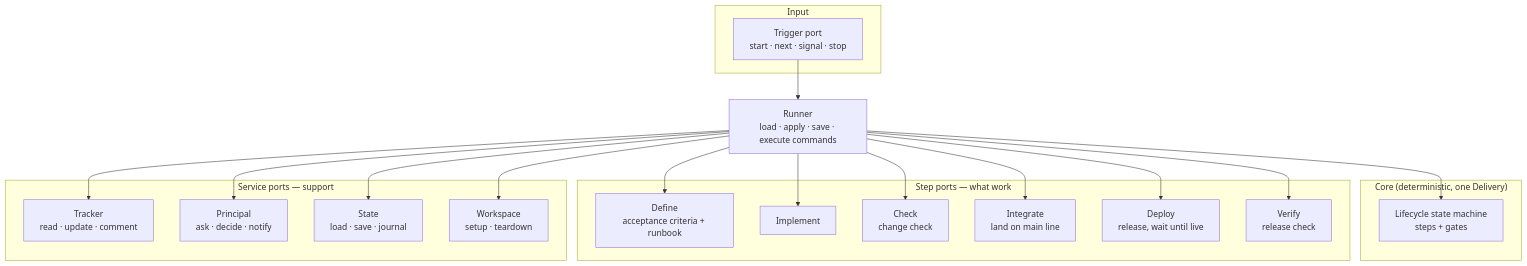
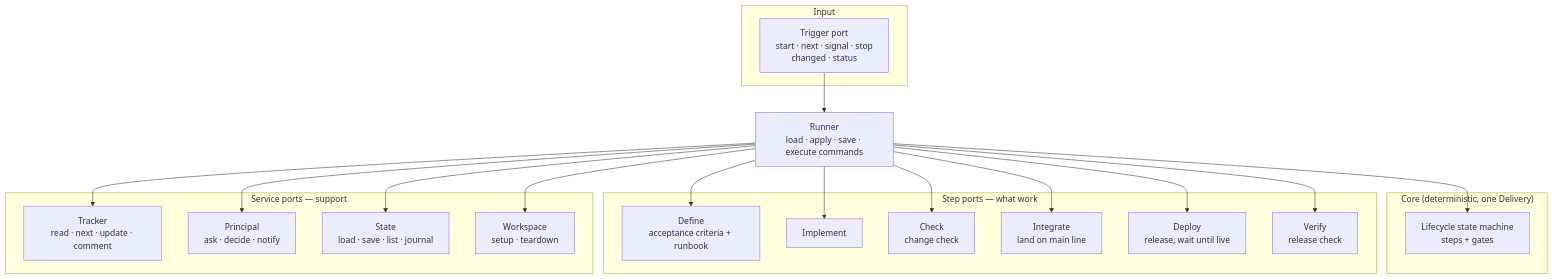
One commit to pehota/harlo changed the second of 4 diagrams in ship/docs/architecture.md. Above: the diagram before and after it, drawn with Mermaid. The commit also changed other lines of this file and 3 other files, not shown here.

First line of the commit message:
docs(ship): implementation plan and architecture amendments

````diff
--- a/ship/docs/architecture.md
+++ b/ship/docs/architecture.md
@@ -49,33 +50,33 @@
 ```mermaid
 flowchart TB
   subgraph IN["Input"]
-    T["Trigger port<br/>start · next · signal · stop"]
+    T["Trigger port<br/>start · next · signal · stop<br/>changed · status"]
   end
 
   subgraph CORE["Core (deterministic, one Delivery)"]
     L["Lifecycle state machine<br/>steps + gates"]
   end
 
   R["Runner<br/>load · apply · save · execute commands"]
 
   subgraph STEP["Step ports — what work"]
     D["Define<br/>acceptance criteria + runbook"]
     I["Implement"]
     C["Check<br/>change check"]
     G["Integrate<br/>land on main line"]
     P["Deploy<br/>release, wait until live"]
     V["Verify<br/>release check"]
   end
 
   subgraph SVC["Service ports — support"]
-    TR["Tracker<br/>read · update · comment"]
+    TR["Tracker<br/>read · next · update · comment"]
     PR["Principal<br/>ask · decide · notify"]
-    S["State<br/>load · save · journal"]
+    S["State<br/>load · save · list · journal"]
     W["Workspace<br/>setup · teardown"]
   end
 
   T --> R
   R --> L
   R --> D & I & C & G & P & V
   R --> TR & PR & S & W
 ```
````
